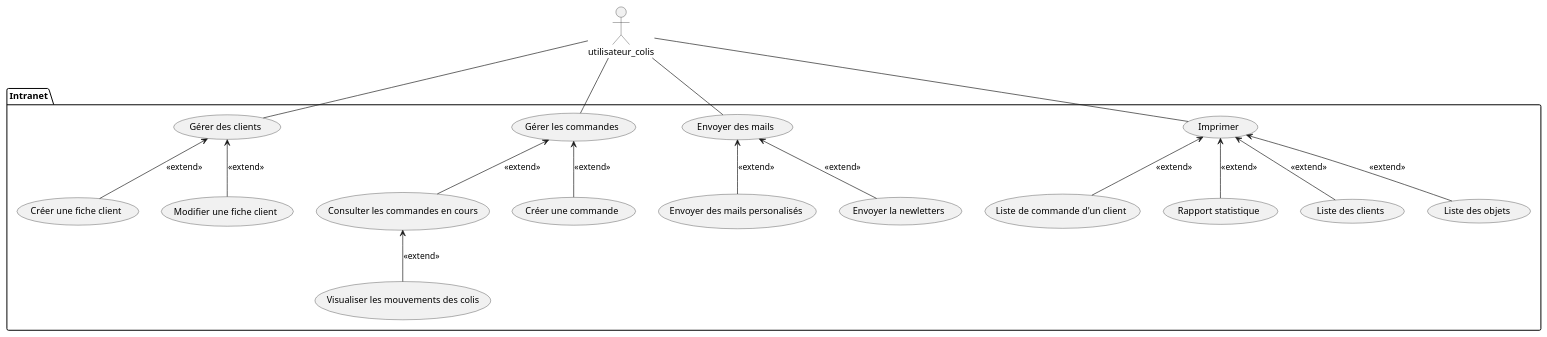
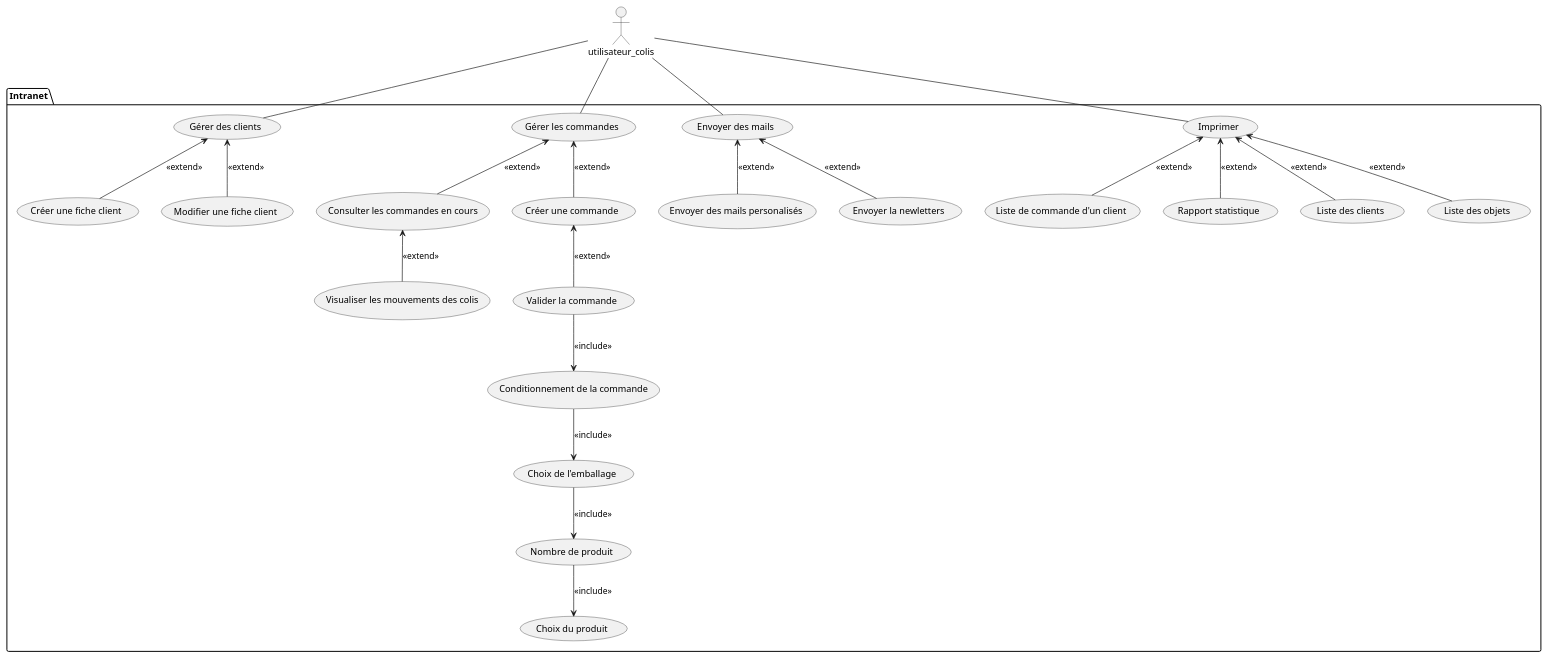
Before and after one commit to Bluwen/Conception_d_une_application_informatique: the diagram in Cas_utilisation.puml, drawn with PlantUML. The commit also changed 1 other file, not shown here.

Commit message:
Ajout du diagramme du schéma global

```diff
--- a/Cas_utilisation.puml
+++ b/Cas_utilisation.puml
@@ -1,44 +1,56 @@
 @startuml brouillon
 
 actor utilisateur_colis as colis
 
 package Intranet{
     usecase "Gérer des clients" as gestion_clients
     usecase "Créer une fiche client" as creation_fiche_client
     usecase "Modifier une fiche client" as modification_fiche_client
 
     usecase "Gérer les commandes" as gestion_commandes
     usecase "Consulter les commandes en cours" as commandes_en_cours
     usecase "Visualiser les mouvements des colis" as mouvement_commande
     usecase "Créer une commande" as ceration_commande
 
     usecase "Envoyer des mails" as envoyer_mails
     usecase "Envoyer des mails personalisés" as mails_personalises
     usecase "Envoyer la newletters" as newletters
 
     usecase "Imprimer" as imprimer
     usecase "Liste des clients" as liste_client
     usecase "Liste des objets" as liste_objet
     usecase "Liste de commande d'un client" as liste_commande_client
     usecase "Rapport statistique" as rapport_statistique
+
+    usecase "Valider la commande" as valider_commande
+    usecase "Conditionnement de la commande" as conditionnnement
+    usecase "Choix de l'emballage" as emballage
+    usecase "Nombre de produit" as nb_produit
+    usecase "Choix du produit" as choix_produit
 }
 
 colis -- gestion_clients
 gestion_clients <-- creation_fiche_client : <<extend>>
 gestion_clients <-- modification_fiche_client : <<extend>>
 
 colis -- gestion_commandes
 gestion_commandes <-- commandes_en_cours : <<extend>>
 commandes_en_cours <-- mouvement_commande : <<extend>>
 gestion_commandes <-- ceration_commande : <<extend>>
+ceration_commande <-- valider_commande : <<extend>>
+valider_commande --> conditionnnement : <<include>>
+conditionnnement --> emballage : <<include>>
+emballage --> nb_produit : <<include>>
+nb_produit --> choix_produit : <<include>>
+
 
 colis -- envoyer_mails
 envoyer_mails <-- mails_personalises : <<extend>>
 envoyer_mails <-- newletters : <<extend>>
 
 colis -- imprimer
 imprimer <-- liste_client : <<extend>>
 imprimer <-- liste_objet : <<extend>>
 imprimer <-- liste_commande_client : <<extend>>
 imprimer <-- rapport_statistique : <<extend>>
 @enduml
```
